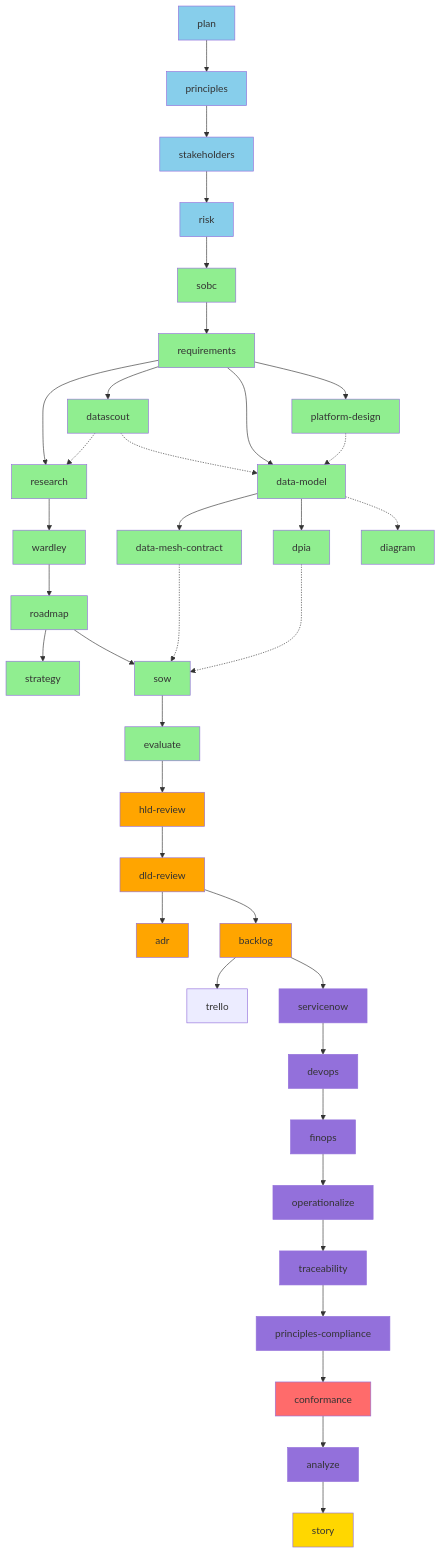
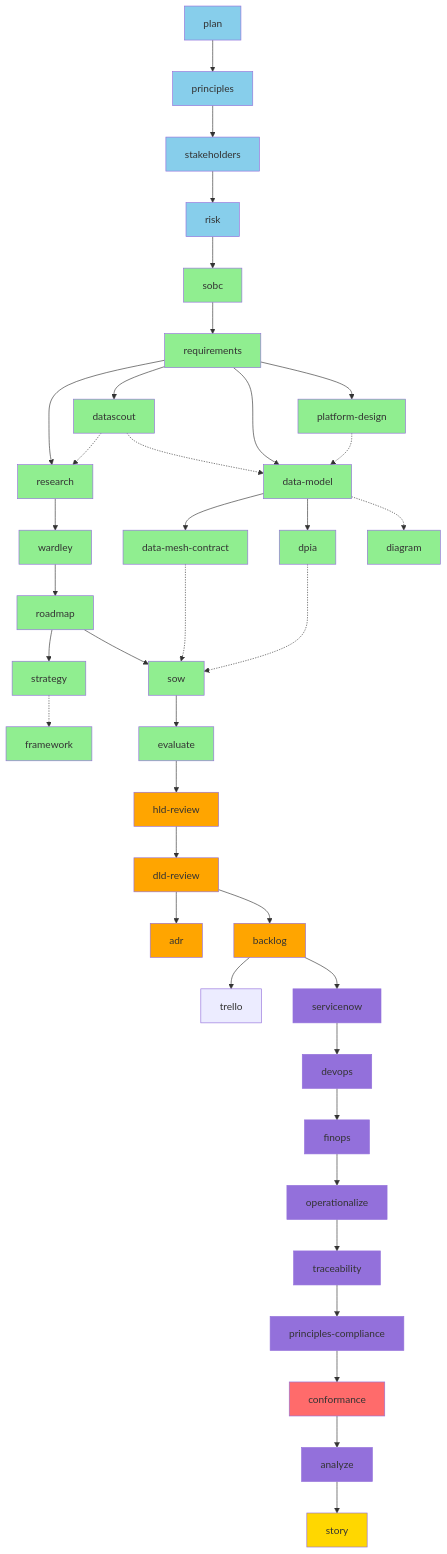
One commit to tractorjuice/arc-kit changed the first of 9 diagrams in WORKFLOW-DIAGRAMS.md. Above: the diagram before and after it, drawn with Mermaid. The commit also changed other lines of this file and 12 other files, not shown here.

```diff
--- a/WORKFLOW-DIAGRAMS.md
+++ b/WORKFLOW-DIAGRAMS.md
@@ -43,6 +43,7 @@
     K --> L[wardley]
     L --> M[roadmap]
     M --> M1[strategy]
+    M1 -.-> M2[framework]
     H -.-> N[diagram]
 
     %% Tier 5: Procurement
@@ -90,6 +91,7 @@
     style L fill:#90EE90
     style M fill:#90EE90
     style M1 fill:#90EE90
+    style M2 fill:#90EE90
     style N fill:#90EE90
     style O fill:#90EE90
     style P fill:#90EE90
```
